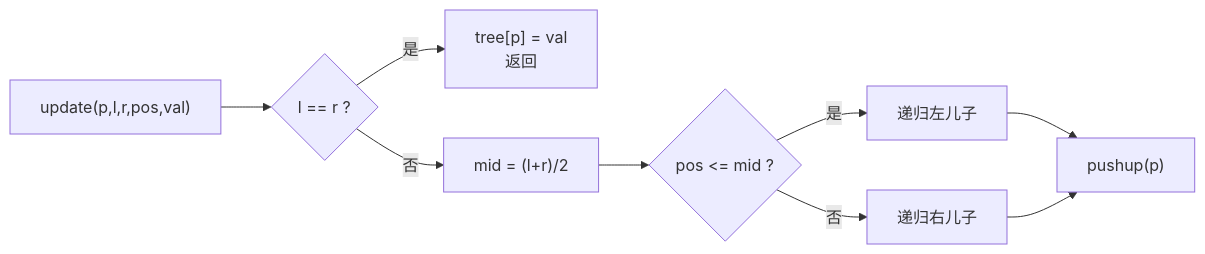
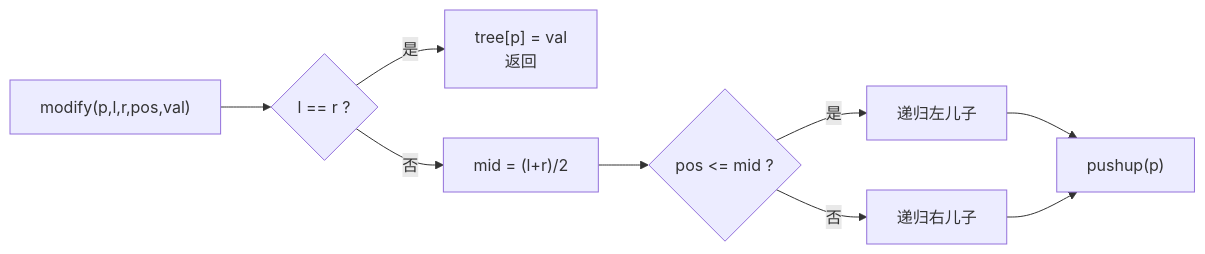
The fourth of 6 diagrams in AcWaitd/Segment_Tree/ReadMe.md (waitdream623-commits/YYX), drawn with Mermaid before and after one commit. The commit also changed other lines of this file and 21 other files, not shown here.

````diff
--- a/AcWaitd/Segment_Tree/ReadMe.md
+++ b/AcWaitd/Segment_Tree/ReadMe.md
@@ -157,11 +157,11 @@
 ```mermaid
 flowchart LR
-    A["update(p,l,r,pos,val)"] --> B{"l == r ?"}
+    A["modify(p,l,r,pos,val)"] --> B{"l == r ?"}
     B -->|是| C["tree[p] = val<br/>返回"]
     B -->|否| D["mid = (l+r)/2"]
     D --> E{"pos <= mid ?"}
     E -->|是| F["递归左儿子"]
     E -->|否| G["递归右儿子"]
     F --> H["pushup(p)"]
     G --> H
 ```
````
